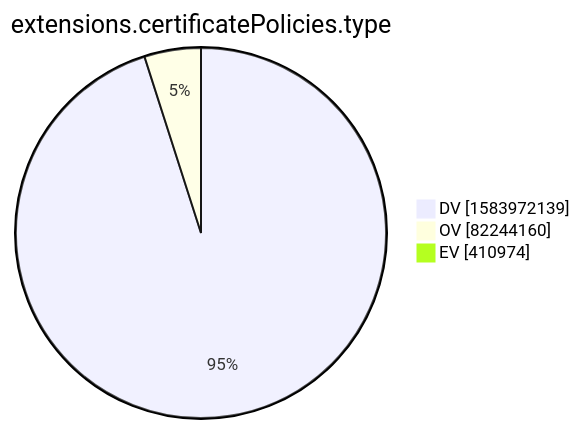
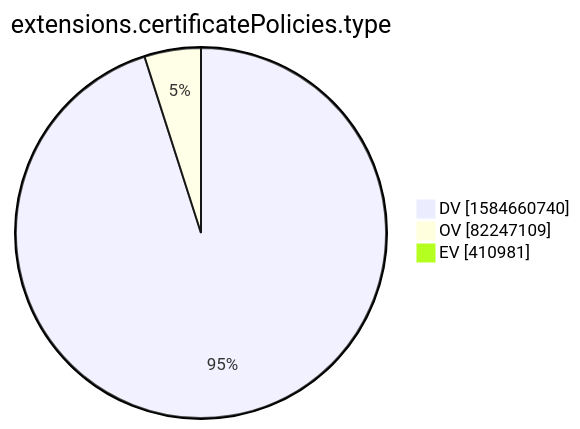
The tenth of 15 diagrams in xenon2022/README.md (christiankrug/ctmonitor_visualization), drawn with Mermaid before and after one commit. The commit also changed other lines of this file, not shown here.

````diff
--- a/xenon2022/README.md
+++ b/xenon2022/README.md
@@ -2877,7 +2877,7 @@
 ```mermaid
 pie showData
 title extensions.certificatePolicies.type
-"DV" :1583972139
-"OV" :82244160
-"EV" :410974
+"DV" :1584660740
+"OV" :82247109
+"EV" :410981
 ```
````
